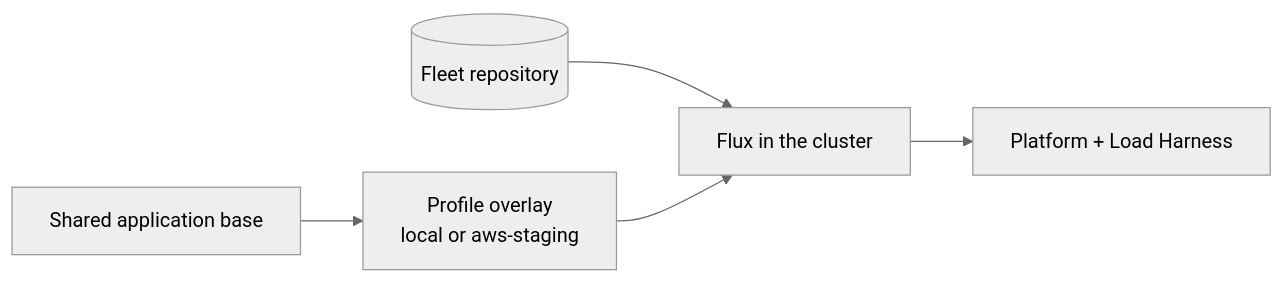
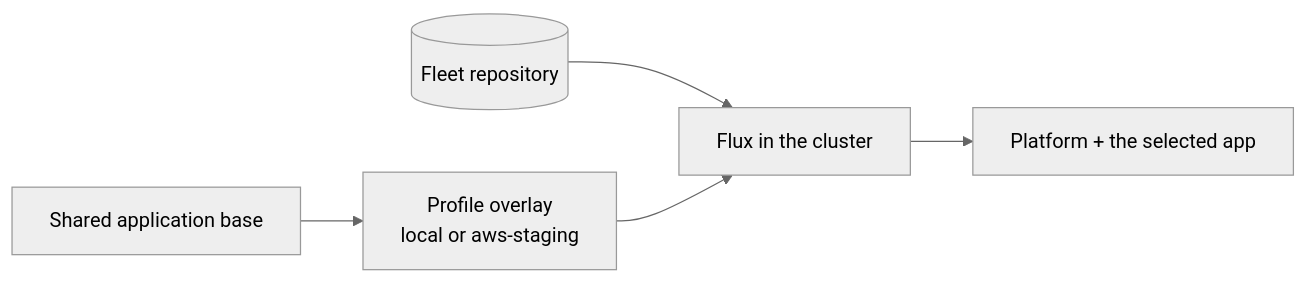
One commit to ImranAdan/infra-fleet-public changed the third of 8 diagrams in docs/ARCHITECTURE.md. Above: the diagram before and after it, drawn with Mermaid (neutral theme). The commit also changed other lines of this file and 11 other files, not shown here.

First line of the commit message:
docs: bring platform docs in line with the swappable app

````diff
--- a/docs/ARCHITECTURE.md
+++ b/docs/ARCHITECTURE.md
@@ -60,7 +61,7 @@
 ```mermaid
 flowchart LR
     Git[("Fleet repository")] --> Flux["Flux in the cluster"]
     Base["Shared application base"] --> Overlay["Profile overlay<br/>local or aws-staging"]
     Overlay --> Flux
-    Flux --> Cluster["Platform + Load Harness"]
+    Flux --> Cluster["Platform + the selected app"]
 ```
````
